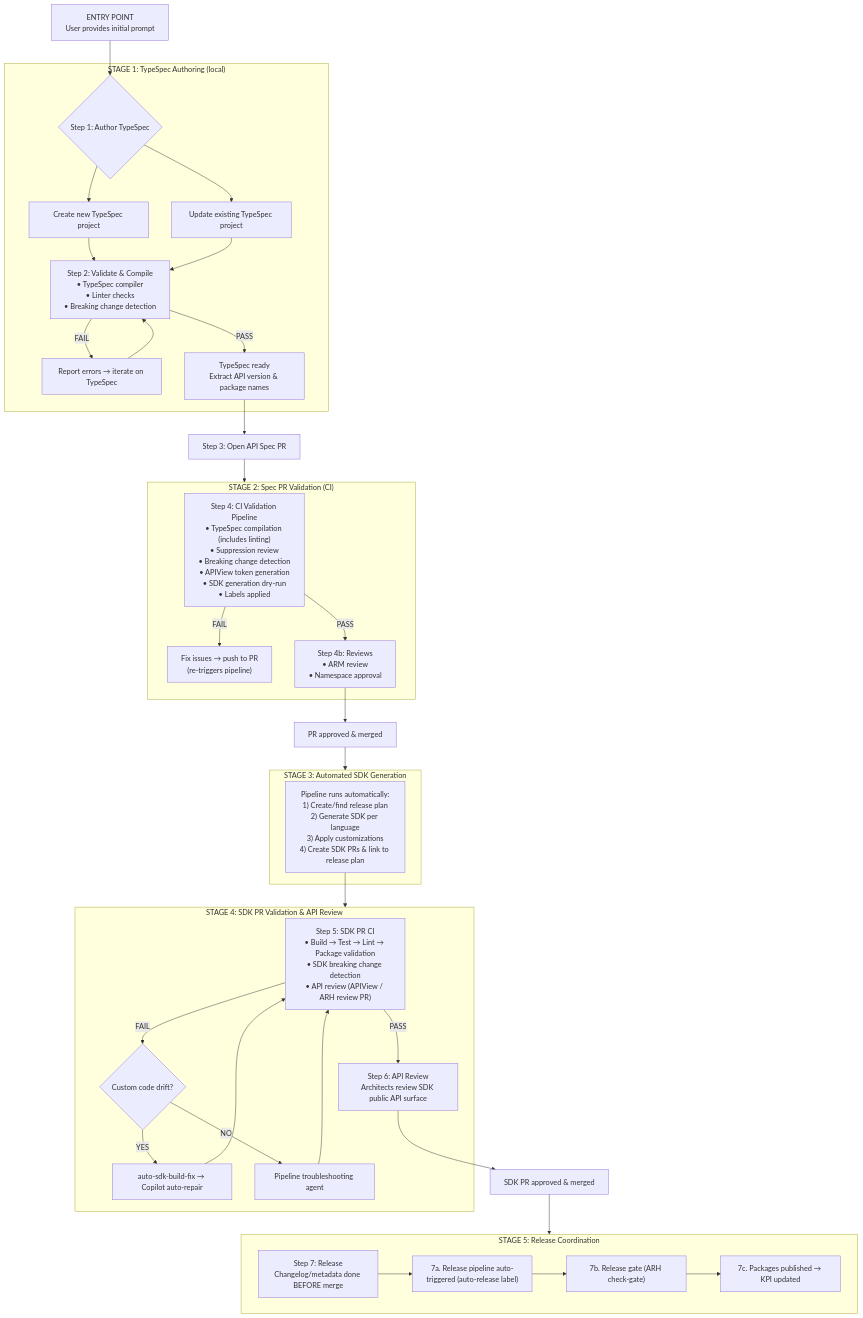
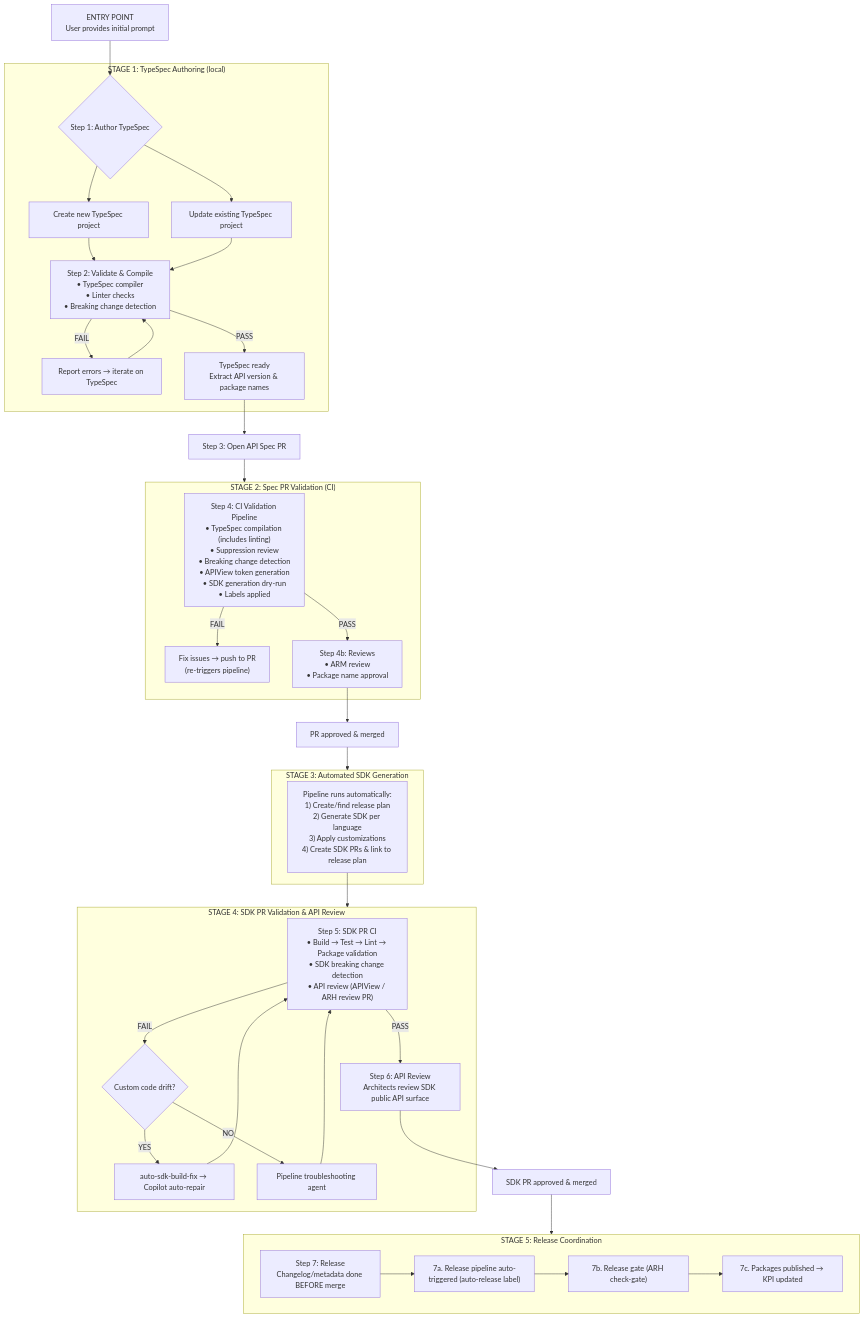
One commit to Azure/azure-sdk-tools changed the second of 2 diagrams in tools/azsdk-cli/docs/specs/typespec-to-sdk-release-workflow.spec.md. Above: the diagram before and after it, drawn with Mermaid. The commit also changed other lines of this file, not shown here.

First line of the commit message:
docs: update spec to use package-name-approval terminology

````diff
--- a/tools/azsdk-cli/docs/specs/typespec-to-sdk-release-workflow.spec.md
+++ b/tools/azsdk-cli/docs/specs/typespec-to-sdk-release-workflow.spec.md
@@ -714,56 +715,56 @@
 ```mermaid
 flowchart TD
     %% Stage 1: TypeSpec Authoring
     entry["ENTRY POINT<br/>User provides initial prompt"]
     entry --> step1
 
     subgraph S1["STAGE 1: TypeSpec Authoring (local)"]
         step1{"Step 1: Author TypeSpec"}
         step1 --> newProj["Create new TypeSpec project"]
         step1 --> updateProj["Update existing TypeSpec project"]
         newProj --> step2
         updateProj --> step2
         step2["Step 2: Validate & Compile<br/>• TypeSpec compiler<br/>• Linter checks<br/>• Breaking change detection"]
         step2 -->|FAIL| fixLoop["Report errors → iterate on TypeSpec"]
         fixLoop --> step2
         step2 -->|PASS| ready["TypeSpec ready<br/>Extract API version & package names"]
     end
 
     ready --> step3["Step 3: Open API Spec PR"]
     step3 --> S2
 
     subgraph S2["STAGE 2: Spec PR Validation (CI)"]
         step4["Step 4: CI Validation Pipeline<br/>• TypeSpec compilation (includes linting)<br/>• Suppression review<br/>• Breaking change detection<br/>• APIView token generation<br/>• SDK generation dry-run<br/>• Labels applied"]
         step4 -->|FAIL| fixPR["Fix issues → push to PR<br/>(re-triggers pipeline)"]
-        step4 -->|PASS| reviews["Step 4b: Reviews<br/>• ARM review<br/>• Namespace approval"]
+        step4 -->|PASS| reviews["Step 4b: Reviews<br/>• ARM review<br/>• Package name approval"]
     end
 
     reviews --> merged["PR approved & merged"]
     merged --> S3
 
     subgraph S3["STAGE 3: Automated SDK Generation"]
         genPipeline["Pipeline runs automatically:<br/>1) Create/find release plan<br/>2) Generate SDK per language<br/>3) Apply customizations<br/>4) Create SDK PRs & link to release plan"]
     end
 
     genPipeline --> S4
 
     subgraph S4["STAGE 4: SDK PR Validation & API Review"]
         step5["Step 5: SDK PR CI<br/>• Build → Test → Lint → Package validation<br/>• SDK breaking change detection<br/>• API review (APIView / ARH review PR)"]
         step5 -->|FAIL| repair{"Custom code drift?"}
         repair -->|YES| autoRepair["auto-sdk-build-fix → Copilot auto-repair"]
         repair -->|NO| troubleshoot["Pipeline troubleshooting agent"]
         step5 -->|PASS| step6["Step 6: API Review<br/>Architects review SDK public API surface"]
         autoRepair --> step5
         troubleshoot --> step5
     end
 
     step6 --> sdkMerged["SDK PR approved & merged"]
     sdkMerged --> S5
 
     subgraph S5["STAGE 5: Release Coordination"]
         step7["Step 7: Release<br/>Changelog/metadata done BEFORE merge"]
         step7 --> trigger["7a. Release pipeline auto-triggered (auto-release label)"]
         trigger --> gate["7b. Release gate (ARH check-gate)"]
         gate --> publish["7c. Packages published → KPI updated"]
     end
 ```
````
